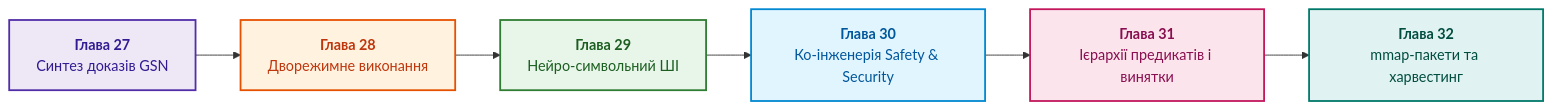
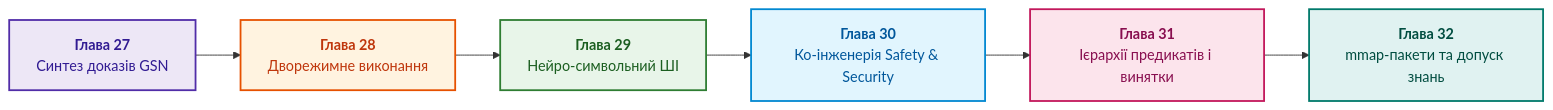
The diagram in ExpertSystem/part-06-frontiers-neuro-symbolic.md (nick-fedchik/articles), drawn with Mermaid before and after one commit. The commit also changed other lines of this file and 43 other files, not shown here.

````diff
--- a/ExpertSystem/part-06-frontiers-neuro-symbolic.md
+++ b/ExpertSystem/part-06-frontiers-neuro-symbolic.md
@@ -22,25 +22,25 @@
 ```mermaid
 flowchart LR
     accTitle: Кульмінація технологій у Частині VI
     accDescr: Від синтезу сертифікаційних доказів GSN через дворежимне виконання та нейро-символьний ШІ до ко-інженерії, силогістичного рушія та бінарних mmap-пакетів.
 
     GSN["<b>Глава 27</b><br/>Синтез доказів GSN"] --> DUAL["<b>Глава 28</b><br/>Дворежимне виконання"]
     DUAL --> NESY["<b>Глава 29</b><br/>Нейро-символьний ШІ"]
     NESY --> COENG["<b>Глава 30</b><br/>Ко-інженерія Safety & Security"]
     COENG --> SYLLOG["<b>Глава 31</b><br/>Ієрархії предикатів і винятки"]
-    SYLLOG --> MMAP["<b>Глава 32</b><br/>mmap-пакети та харвестинг"]
+    SYLLOG --> MMAP["<b>Глава 32</b><br/>mmap-пакети та допуск знань"]
 
     classDef gsn fill:#ede7f6,stroke:#512da8,stroke-width:2px,color:#311b92;
     classDef dual fill:#fff3e0,stroke:#e65100,stroke-width:2px,color:#bf360c;
     classDef nesy fill:#e8f5e9,stroke:#2e7d32,stroke-width:2px,color:#1b5e20;
     classDef coeng fill:#e1f5fe,stroke:#0288d1,stroke-width:2px,color:#01579b;
     classDef syllog fill:#fce4ec,stroke:#c2185b,stroke-width:2px,color:#880e4f;
     classDef mmap fill:#e0f2f1,stroke:#00796b,stroke-width:2px,color:#004d40;
 
     class GSN gsn;
     class DUAL dual;
     class NESY nesy;
     class COENG coeng;
     class SYLLOG syllog;
     class MMAP mmap;
 ```
````
